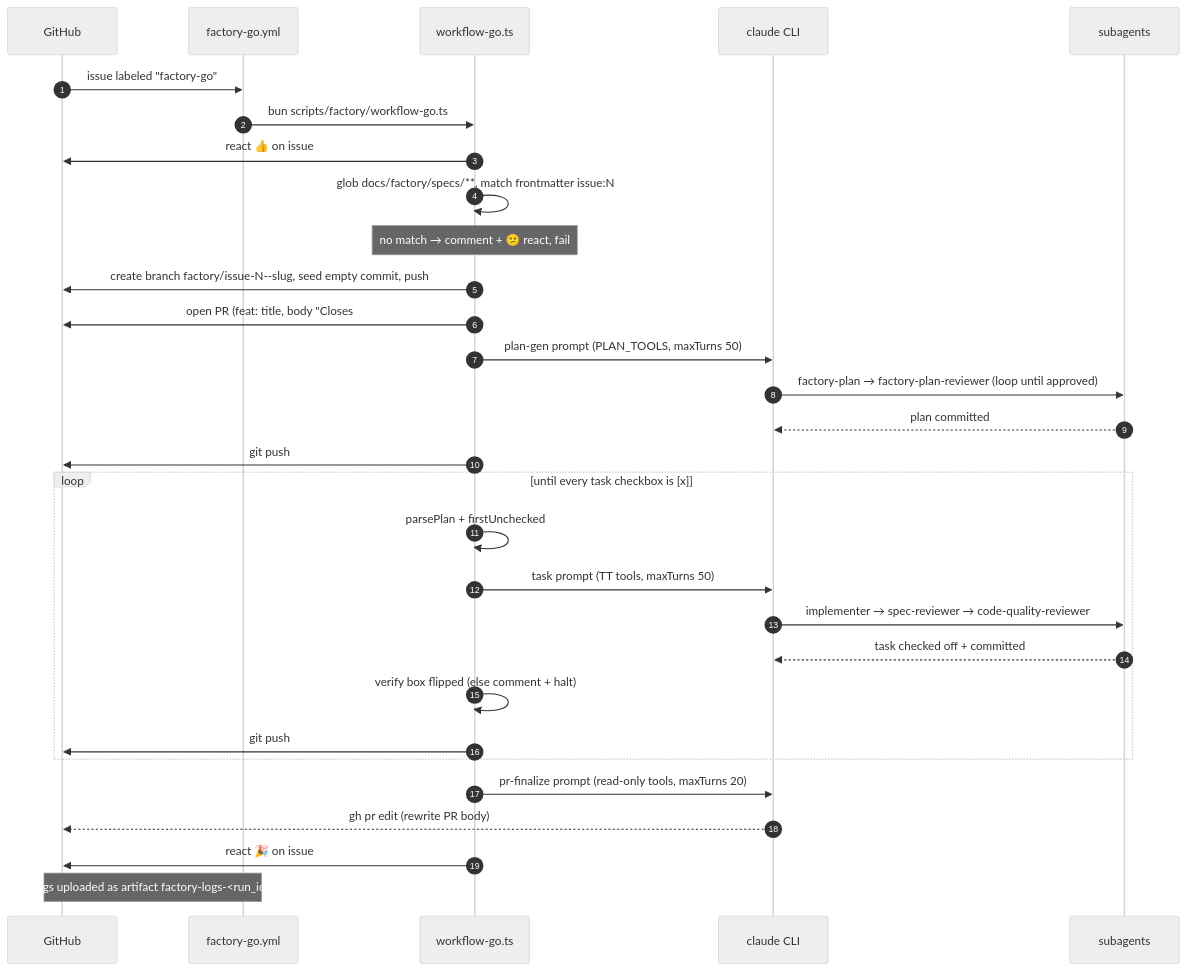
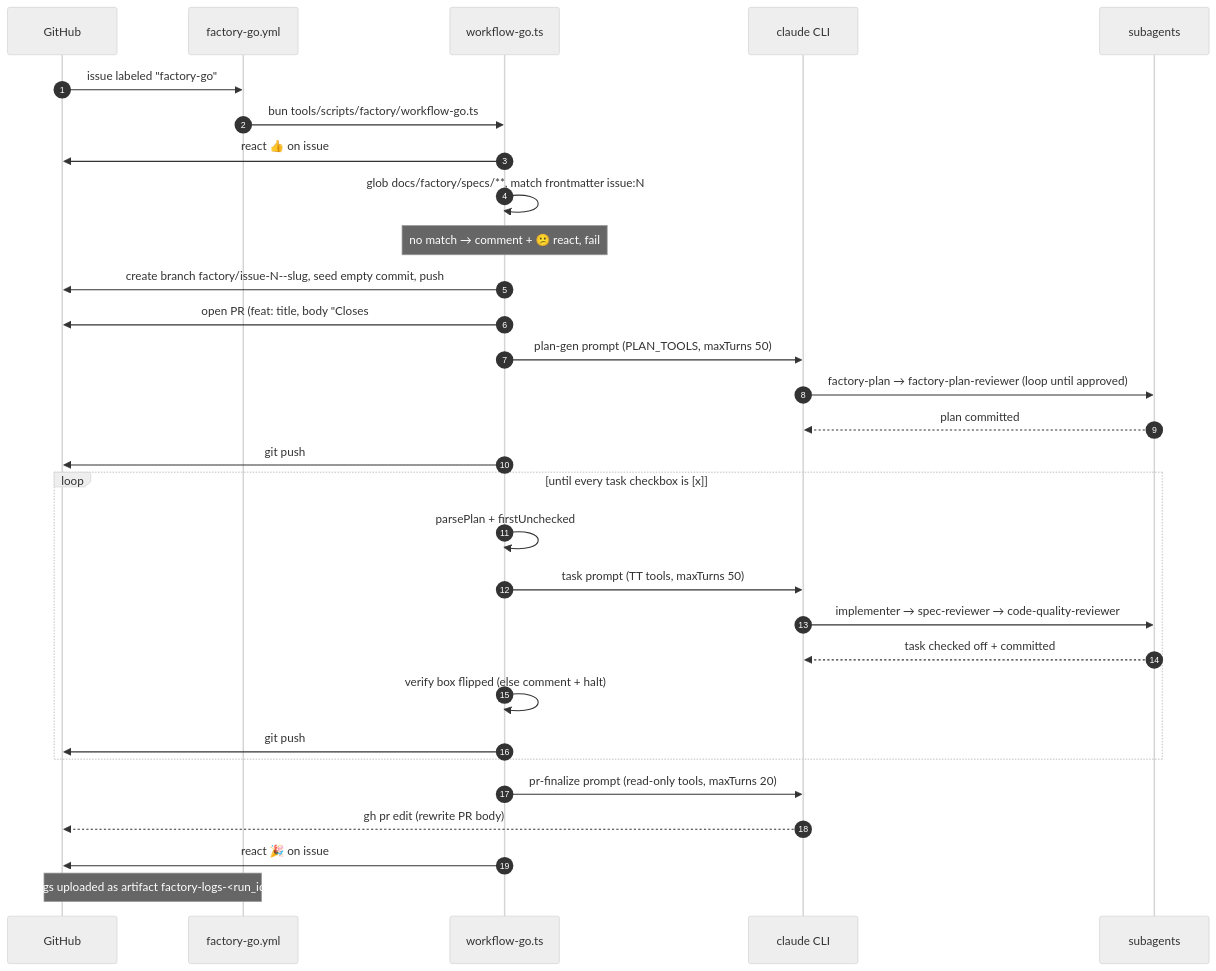
One commit to jost-kuenzel/claude-workshop changed the second of 2 diagrams in docs/factory/factory-process-guide.md. Above: the diagram before and after it, drawn with Mermaid (neutral theme). The commit also changed other lines of this file and 83 other files, not shown here.

````diff
--- a/docs/factory/factory-process-guide.md
+++ b/docs/factory/factory-process-guide.md
@@ -201,36 +201,36 @@
 ```mermaid
 sequenceDiagram
     autonumber
     participant GH as GitHub
     participant WF as factory-go.yml
     participant ORCH as workflow-go.ts
     participant CL as claude CLI
     participant AG as subagents
 
     GH->>WF: issue labeled "factory-go"
-    WF->>ORCH: bun scripts/factory/workflow-go.ts
+    WF->>ORCH: bun tools/scripts/factory/workflow-go.ts
     ORCH->>GH: react 👍 on issue
     ORCH->>ORCH: glob docs/factory/specs/**, match frontmatter issue:N
     Note over ORCH: no match → comment + 😕 react, fail
     ORCH->>GH: create branch factory/issue-N--slug, seed empty commit, push
     ORCH->>GH: open PR (feat: title, body "Closes #N")
 
     ORCH->>CL: plan-gen prompt (PLAN_TOOLS, maxTurns 50)
     CL->>AG: factory-plan → factory-plan-reviewer (loop until approved)
     AG-->>CL: plan committed
     ORCH->>GH: git push
 
     loop until every task checkbox is [x]
         ORCH->>ORCH: parsePlan + firstUnchecked
         ORCH->>CL: task prompt (TT tools, maxTurns 50)
         CL->>AG: implementer → spec-reviewer → code-quality-reviewer
         AG-->>CL: task checked off + committed
         ORCH->>ORCH: verify box flipped (else comment + halt)
         ORCH->>GH: git push
     end
 
     ORCH->>CL: pr-finalize prompt (read-only tools, maxTurns 20)
     CL-->>GH: gh pr edit (rewrite PR body)
     ORCH->>GH: react 🎉 on issue
     Note over WF,GH: logs uploaded as artifact factory-logs-<run_id>
 ```
````
